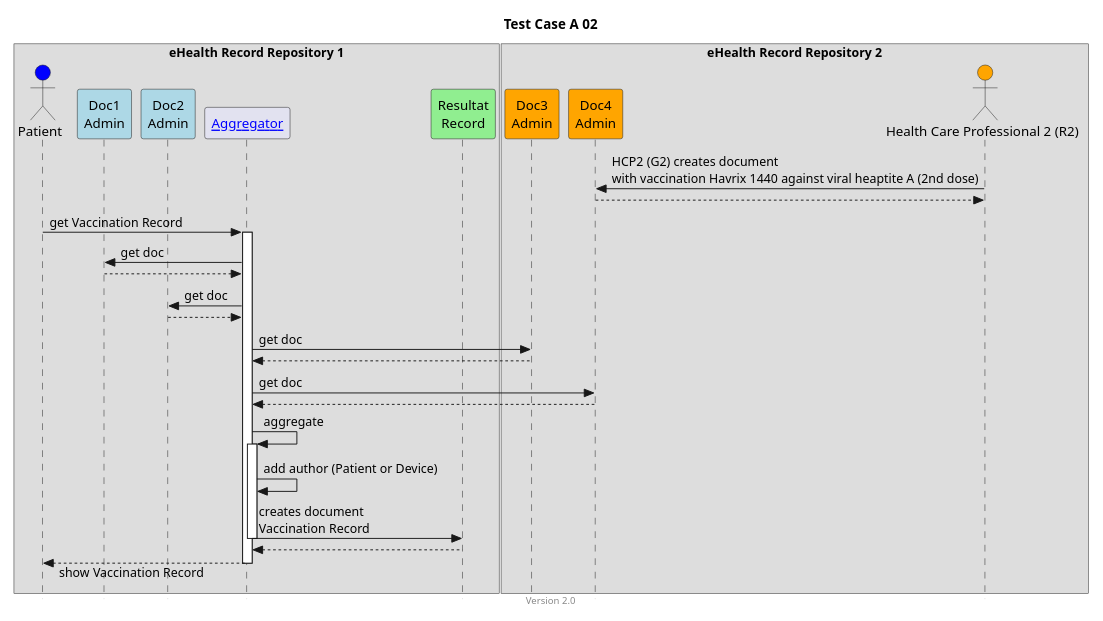
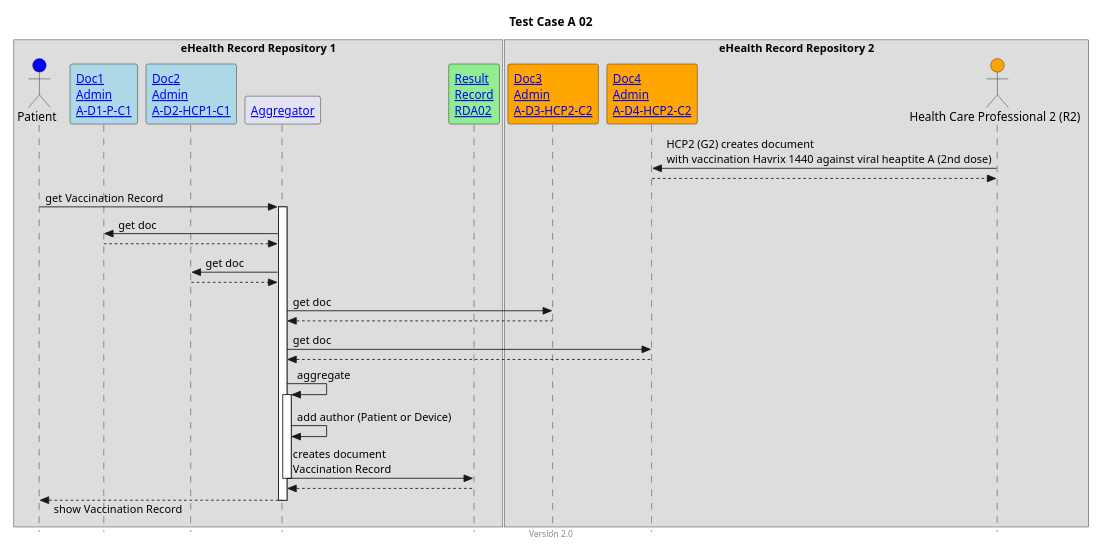
One commit to hl7ch/ch-vacd changed the diagram in input/images-source/TCA02.plantuml. Above: the diagram before and after it, drawn with PlantUML. The commit also changed 27 other files, not shown here.

Commit message:
add links to TC diagrams and links on different places to serve better informations to users #354

```diff
--- a/input/images-source/TCA02.plantuml
+++ b/input/images-source/TCA02.plantuml
@@ -1,50 +1,49 @@
 @startuml
 title Test Case A 02
 footer Version 2.0
 skinparam responseMessageBelowArrow true
 skinparam style strictuml
 scale max 800 width
 
-
 box "eHealth Record Repository 1"
 actor "Patient" as PAT #blue
-participant "Doc1\nAdmin" as Doc1 #lightblue
-participant "Doc2\nAdmin" as Doc2  #lightblue
+participant "[[Bundle-A-D1-P-C1.html Doc1\nAdmin\nA-D1-P-C1]]" as Doc1 #lightblue
+participant "[[Bundle-A-D2-HCP1-C1.html Doc2\nAdmin\nA-D2-HCP1-C1]]" as Doc2 #lightblue
 participant "[[aggregator.html Aggregator]]" as AGG
-participant "Resultat\nRecord" as RES #lightgreen
+participant "[[Bundle-RDA02.html Result\nRecord\nRDA02]]" as RES #lightgreen
 end box
 
 box "eHealth Record Repository 2"
-participant "Doc3\nAdmin" as Doc3 #orange
-participant "Doc4\nAdmin" as Doc4 #orange
+participant "[[Bundle-A-D3-HCP2-C2.html Doc3\nAdmin\nA-D3-HCP2-C2]]" as Doc3 #orange
+participant "[[Bundle-A-D4-HCP2-C2.html Doc4\nAdmin\nA-D4-HCP2-C2]]" as Doc4 #orange
 actor "Health Care Professional 2 (R2)" as HCP2_C2 #orange
 end box
 
 HCP2_C2 -> Doc4: HCP2 (G2) creates document\nwith vaccination Havrix 1440 against viral heaptite A (2nd dose)
 HCP2_C2 <-- Doc4
 
 PAT -> AGG: get Vaccination Record
 activate AGG
 
 AGG -> Doc1: get doc
 AGG <-- Doc1
 
 AGG -> Doc2: get doc
 AGG <-- Doc2
 
 AGG -> Doc3: get doc
 AGG <-- Doc3
 
 AGG -> Doc4: get doc
 AGG <-- Doc4
 
 AGG -> AGG: aggregate
 activate AGG
 AGG -> AGG: add author (Patient or Device)
 AGG -> RES: creates document\nVaccination Record
 deactivate AGG
 AGG <-- RES
 PAT <-- AGG: show Vaccination Record
 deactivate AGG
 
 @enduml
```
